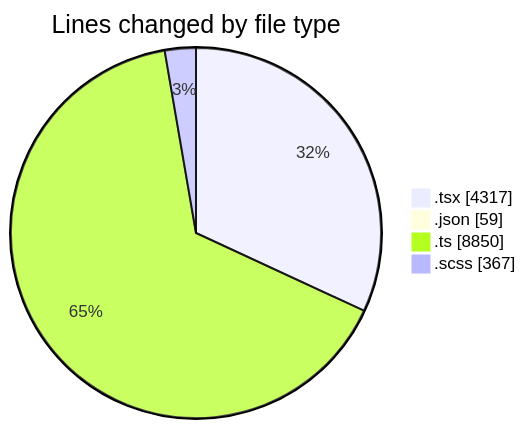
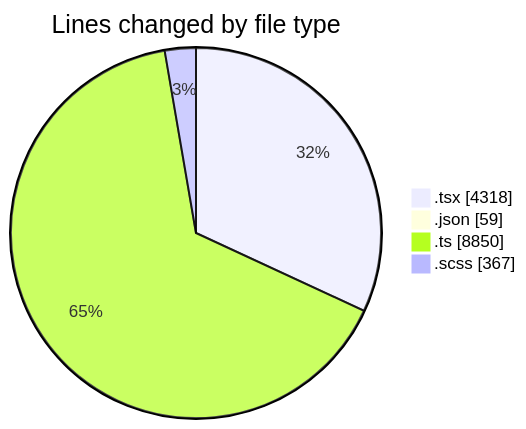
One commit to momahboobian/code-tracking changed the first of 2 diagrams in 2025-11-24/cda/README.md. Above: the diagram before and after it, drawn with Mermaid. The commit also changed other lines of this file and 1 other file, not shown here.

````diff
--- a/2025-11-24/cda/README.md
+++ b/2025-11-24/cda/README.md
@@ -36,8 +36,8 @@
 ```mermaid
 pie showData
 title Lines changed by file type
-".tsx" : 4317
+".tsx" : 4318
 ".json" : 59
 ".ts" : 8850
 ".scss" : 367
 ```
````
